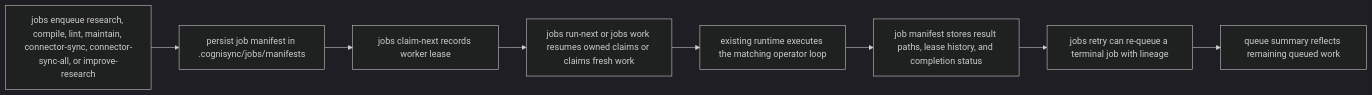
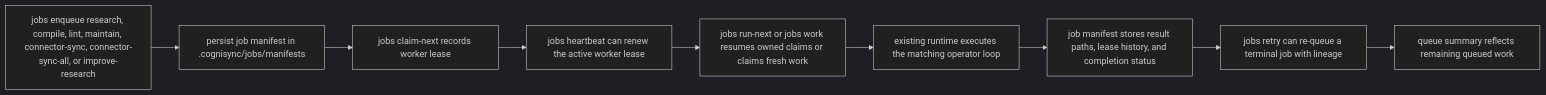
Before and after one commit to shrijacked/Cognisync: the second of 2 diagrams in docs/operator-workflows.md, drawn with Mermaid (dark theme). The commit also changed other lines of this file and 2 other files, not shown here.

````diff
--- a/docs/operator-workflows.md
+++ b/docs/operator-workflows.md
@@ -321,10 +324,11 @@
 ```mermaid
 flowchart LR
     A["jobs enqueue research, compile, lint, maintain, connector-sync, connector-sync-all, or improve-research"] --> B["persist job manifest in .cognisync/jobs/manifests"]
     B --> C["jobs claim-next records worker lease"]
-    C --> D["jobs run-next or jobs work resumes owned claims or claims fresh work"]
-    D --> E["existing runtime executes the matching operator loop"]
-    E --> F["job manifest stores result paths, lease history, and completion status"]
-    F --> G["jobs retry can re-queue a terminal job with lineage"]
-    G --> H["queue summary reflects remaining queued work"]
+    C --> D["jobs heartbeat can renew the active worker lease"]
+    D --> E["jobs run-next or jobs work resumes owned claims or claims fresh work"]
+    E --> F["existing runtime executes the matching operator loop"]
+    F --> G["job manifest stores result paths, lease history, and completion status"]
+    G --> H["jobs retry can re-queue a terminal job with lineage"]
+    H --> I["queue summary reflects remaining queued work"]
 ```
````
